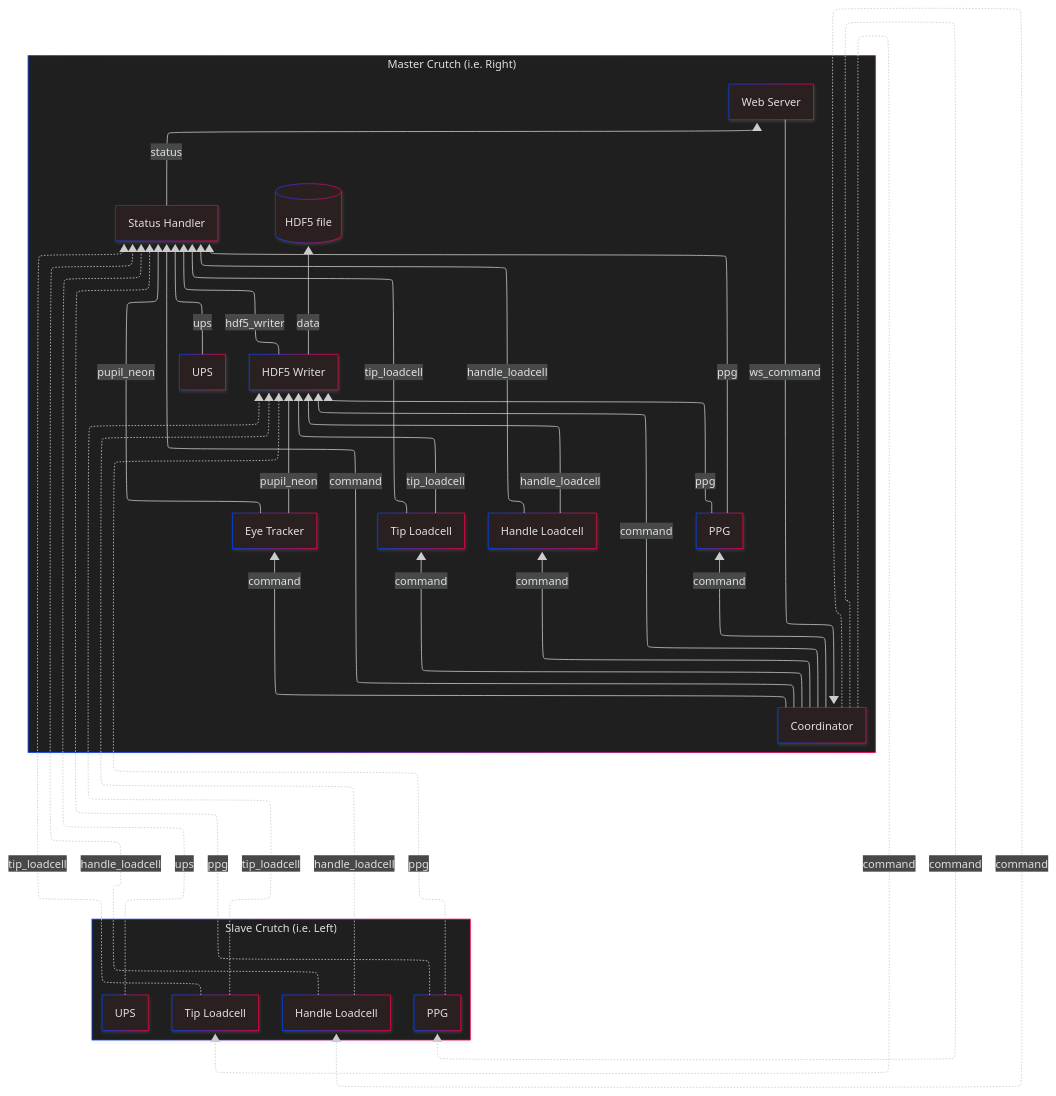
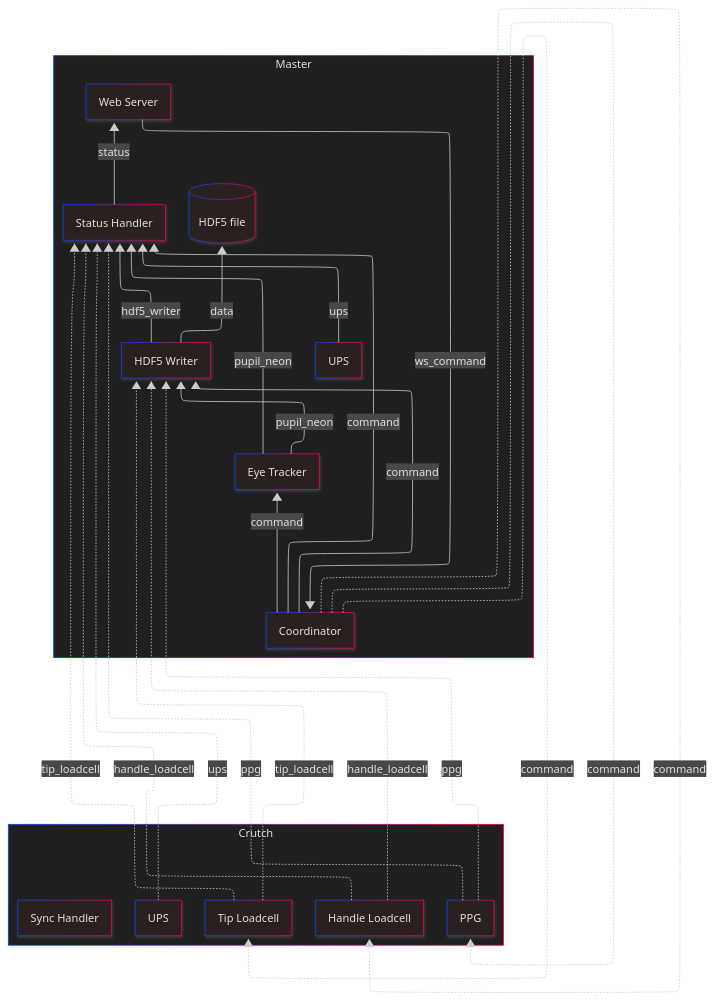
One commit to mmtlab/instrumented_crutches_mads changed the diagram in README.md. Above: the diagram before and after it, drawn with Mermaid. The commit also changed 8 other files, not shown here.

````diff
--- a/README.md
+++ b/README.md
@@ -127,42 +127,37 @@
 ```mermaid
 ---
 config:
   layout: elk
   theme: neo-dark
   look: neo
 ---
 flowchart BT
- subgraph master["Master Crutch (i.e. Right)"]
+ subgraph master["Master"]
         web_server["Web Server"]
         coordinator["Coordinator"]
         status_handler["Status Handler"]
         hdf5_writer["HDF5 Writer"]
         eye_tracker["Eye Tracker"]
-        m_handle_loadcell["Handle Loadcell"]
-        m_tip_loadcell["Tip Loadcell"]
+        hdf5[("HDF5 file")]
         m_ups["UPS"]
-        m_ppg["PPG"]
-        hdf5[("HDF5 file")]
   end
- subgraph slave["Slave Crutch (i.e. Left)"]
+ subgraph slave["Crutch"]
         s_ups["UPS"]
         s_tip_loadcell["Tip Loadcell"]
         s_handle_loadcell["Handle Loadcell"]
         s_ppg["PPG"]
+        s_sync_handler["Sync Handler"]
   end
     web_server -- ws_command --> coordinator
-    coordinator -- command --> status_handler & hdf5_writer & m_tip_loadcell & m_handle_loadcell & m_ppg & eye_tracker
+    coordinator -- command --> status_handler & hdf5_writer & eye_tracker
     status_handler -- status --> web_server
     m_ups -- ups --> status_handler
     hdf5_writer -- data --> hdf5
     hdf5_writer -- hdf5_writer --> status_handler
-    m_tip_loadcell -- tip_loadcell --> status_handler & hdf5_writer
-    m_handle_loadcell -- handle_loadcell --> status_handler & hdf5_writer
-    m_ppg -- ppg --> status_handler & hdf5_writer
     eye_tracker -- pupil_neon --> status_handler & hdf5_writer
     coordinator -. command .-> s_tip_loadcell & s_handle_loadcell & s_ppg
     s_tip_loadcell -. tip_loadcell .-> status_handler & hdf5_writer
     s_handle_loadcell -. handle_loadcell .-> status_handler & hdf5_writer
     s_ups -. ups .-> status_handler
     s_ppg -. ppg .-> status_handler & hdf5_writer
 ```
````
